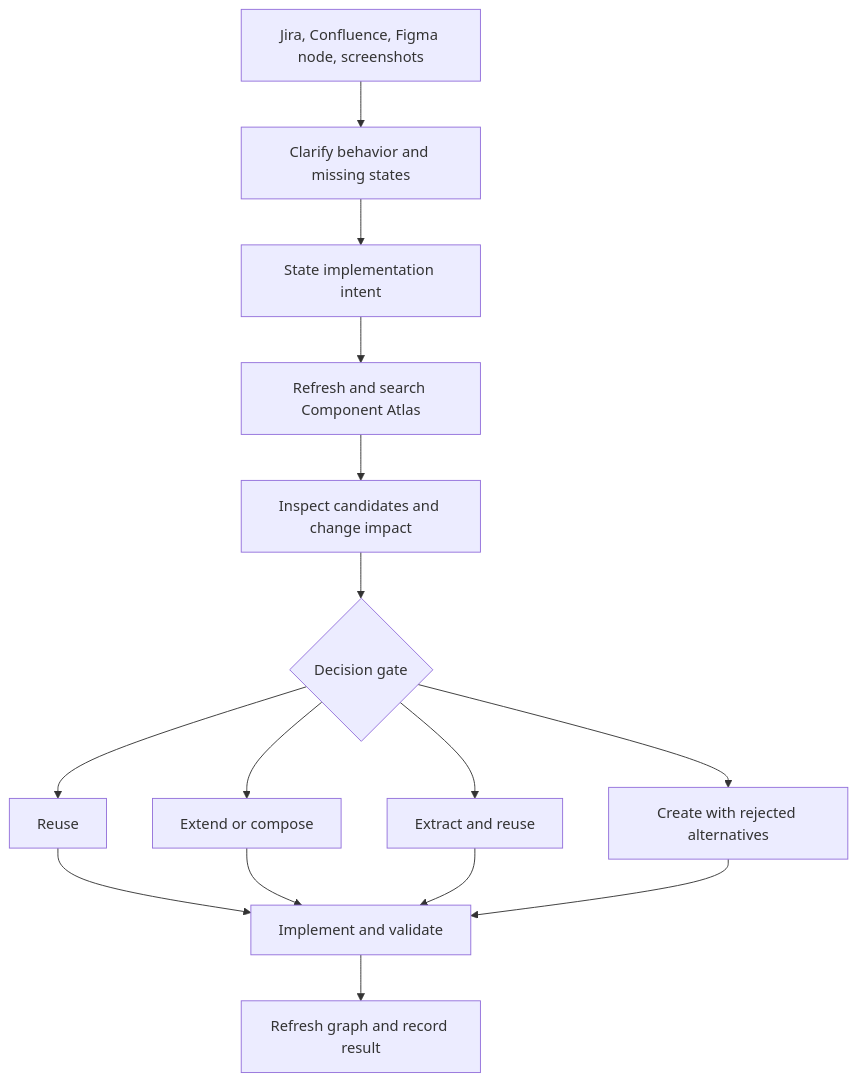
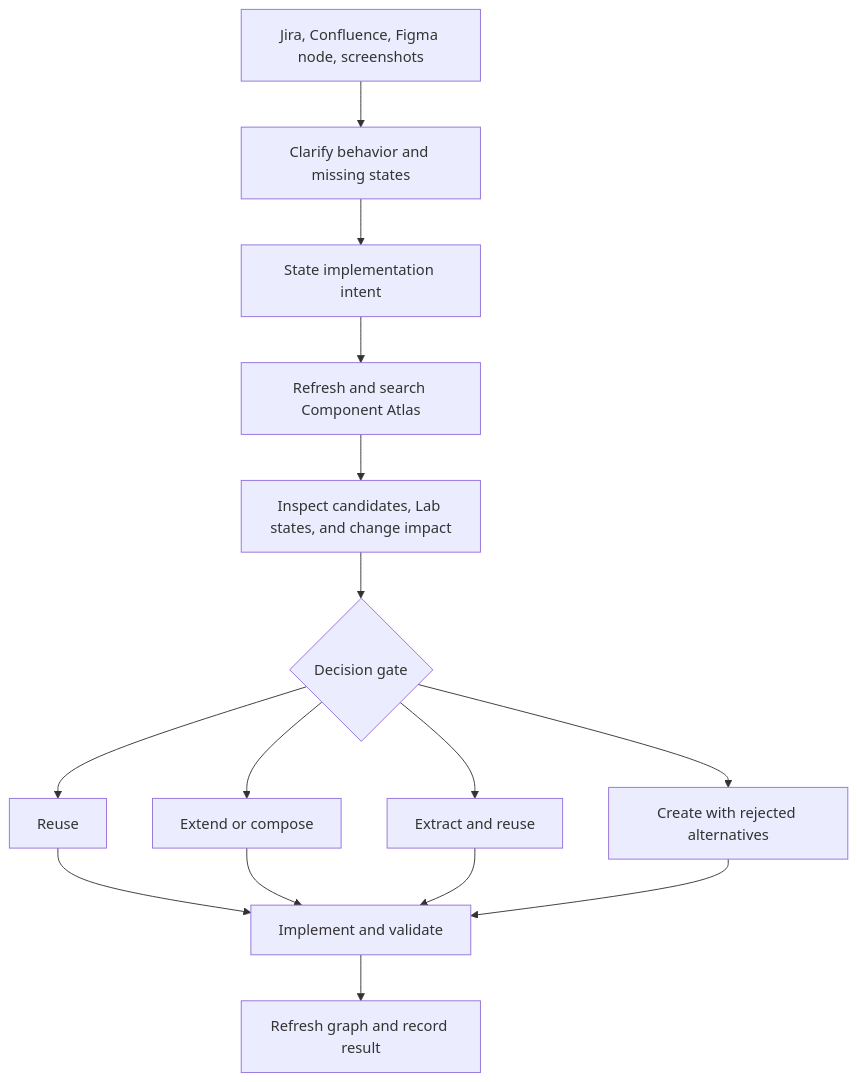
One commit to jesus-molano/project-atlas changed the diagram in docs/workflow.md. Above: the diagram before and after it, drawn with Mermaid. The commit also changed other lines of this file and 29 other files, not shown here.

````diff
--- a/docs/workflow.md
+++ b/docs/workflow.md
@@ -5,26 +5,26 @@
 ```mermaid
 flowchart TD
   T[Jira, Confluence, Figma node, screenshots]
   Q[Clarify behavior and missing states]
   I[State implementation intent]
   D[Refresh and search Component Atlas]
-  E[Inspect candidates and change impact]
+  E[Inspect candidates, Lab states, and change impact]
   C{Decision gate}
   R[Reuse]
   P[Extend or compose]
   X[Extract and reuse]
   N[Create with rejected alternatives]
   B[Implement and validate]
   U[Refresh graph and record result]
 
   T --> Q --> I --> D --> E --> C
   C --> R
   C --> P
   C --> X
   C --> N
   R --> B
   P --> B
   X --> B
   N --> B
   B --> U
 ```
````
